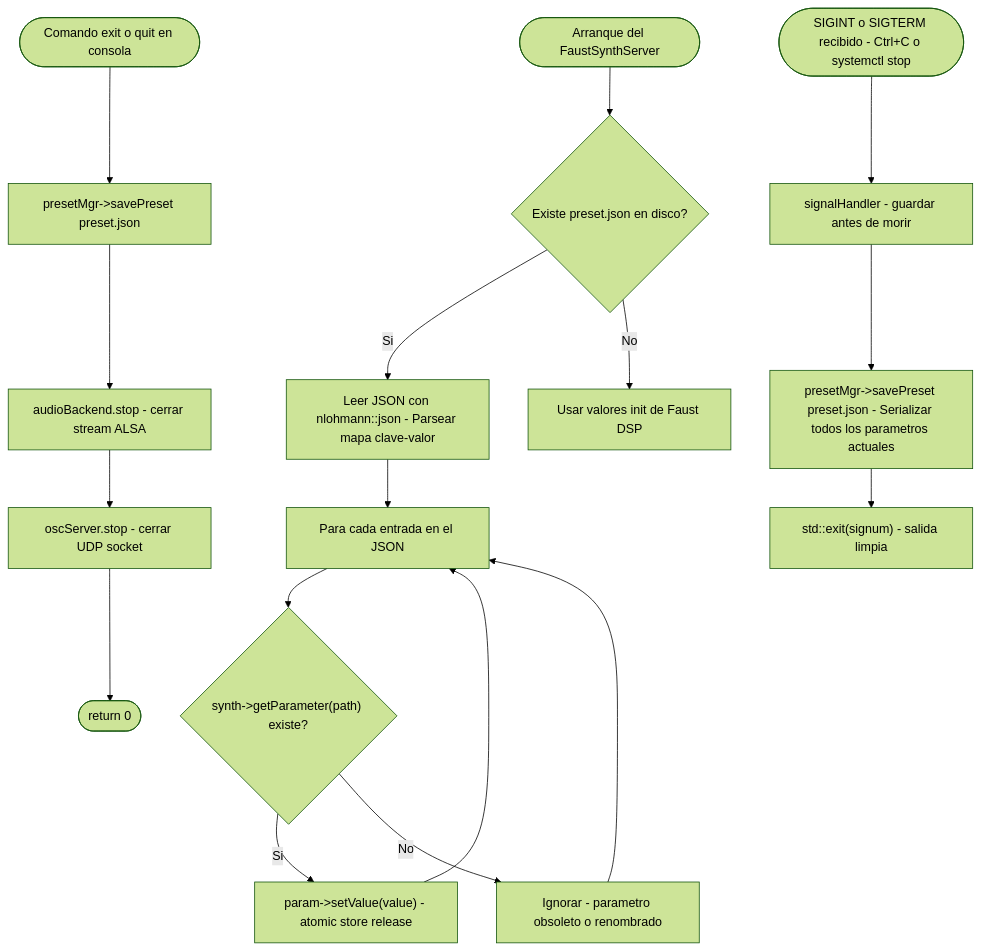
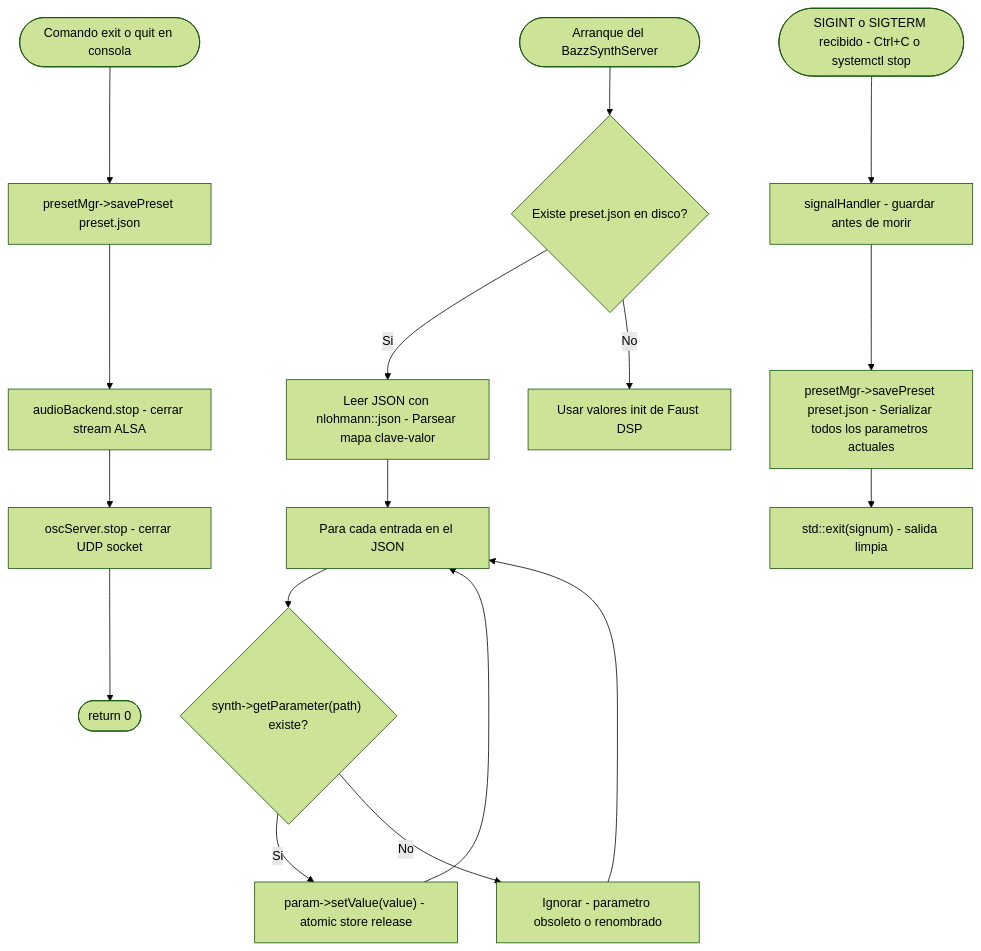
The tenth of 12 diagrams in README.md (Zann181/sintetizador), drawn with Mermaid (forest theme) before and after one commit. The commit also changed other lines of this file, not shown here.

````diff
--- a/README.md
+++ b/README.md
@@ -1495,26 +1495,26 @@
 ```mermaid
 flowchart TD
-    ARRANQUE(["Arranque del FaustSynthServer"])
+    ARRANQUE(["Arranque del BazzSynthServer"])
     ARRANQUE --> EXISTE{"Existe preset.json en disco?"}
 
     EXISTE -->|"Si"| LEER["Leer JSON con nlohmann::json - Parsear mapa clave-valor"]
     EXISTE -->|"No"| DEFAULTS["Usar valores init de Faust DSP"]
 
     LEER --> LOOP["Para cada entrada en el JSON"]
     LOOP --> FIND_PARAM{"synth->getParameter(path) existe?"}
     FIND_PARAM -->|"Si"| SET_ATOMIC["param->setValue(value) - atomic store release"]
     FIND_PARAM -->|"No"| SKIP["Ignorar - parametro obsoleto o renombrado"]
     SET_ATOMIC --> LOOP
     SKIP --> LOOP
 
     SIGINT(["SIGINT o SIGTERM recibido - Ctrl+C o systemctl stop"])
     SIGINT --> HANDLER["signalHandler - guardar antes de morir"]
     HANDLER --> SAVE_JSON["presetMgr->savePreset preset.json - Serializar todos los parametros actuales"]
     SAVE_JSON --> EXIT_SAFE["std::exit(signum) - salida limpia"]
 
     CMD_EXIT(["Comando exit o quit en consola"])
     CMD_EXIT --> SAVE_FINAL["presetMgr->savePreset preset.json"]
     SAVE_FINAL --> STOP_AUDIO["audioBackend.stop - cerrar stream ALSA"]
     STOP_AUDIO --> STOP_OSC["oscServer.stop - cerrar UDP socket"]
     STOP_OSC --> RETURN_0(["return 0"])
 ```
````
